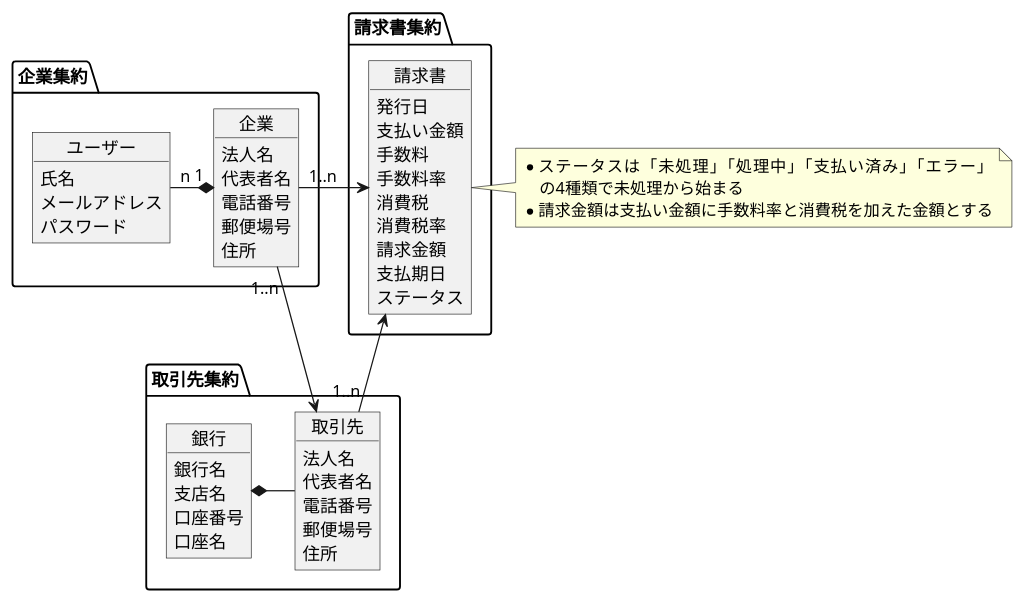
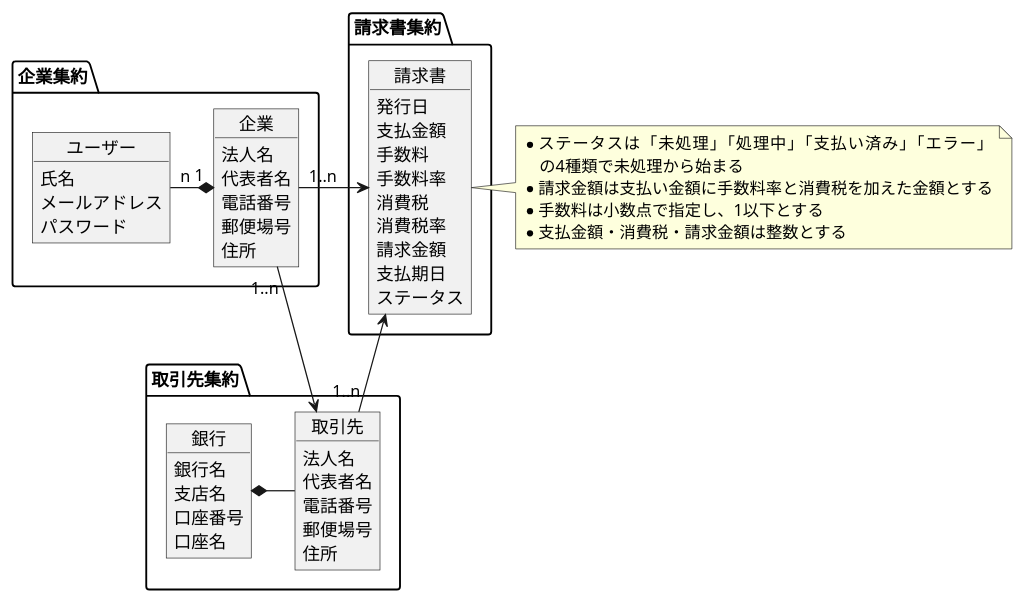
The diagram in diagram/domain_model.pu (MasatoshiOkumura/test-invoice), drawn with PlantUML before and after one commit. The commit also changed 5 other files, not shown here.

```diff
--- a/diagram/domain_model.pu
+++ b/diagram/domain_model.pu
@@ -1,61 +1,63 @@
 @startuml domain
 package 企業集約 {
     object 企業 {
         法人名
         代表者名
         電話番号
         郵便場号
         住所
     }
     object ユーザー {
         氏名
         メールアドレス
         パスワード
     }
 }
 
 ユーザー "n" -right-* "1" 企業
 
 package 取引先集約 {
     object 取引先 {
         法人名
         代表者名
         電話番号
         郵便場号
         住所
     }
     object 銀行 {
         銀行名
         支店名
         口座番号
         口座名
     }
 }
 
 package 請求書集約 {
     object 請求書 {
         発行日
-        支払い金額
+        支払金額
         手数料
         手数料率    
         消費税
         消費税率
         請求金額
         支払期日
         ステータス
     }
 }
 
 企業 "1..n" -down-> 取引先
 取引先 -left-* 銀行
 
 企業 "1..n" -left->  請求書
 取引先 "1..n" -right-> 請求書
 
 note right of 請求書 {
     * ステータスは「未処理」「処理中」「支払い済み」「エラー」
     　の4種類で未処理から始まる
     * 請求金額は支払い金額に手数料率と消費税を加えた金額とする
+    * 手数料は小数点で指定し、1以下とする
+    * 支払金額・消費税・請求金額は整数とする
 }
 
 @enduml
```
